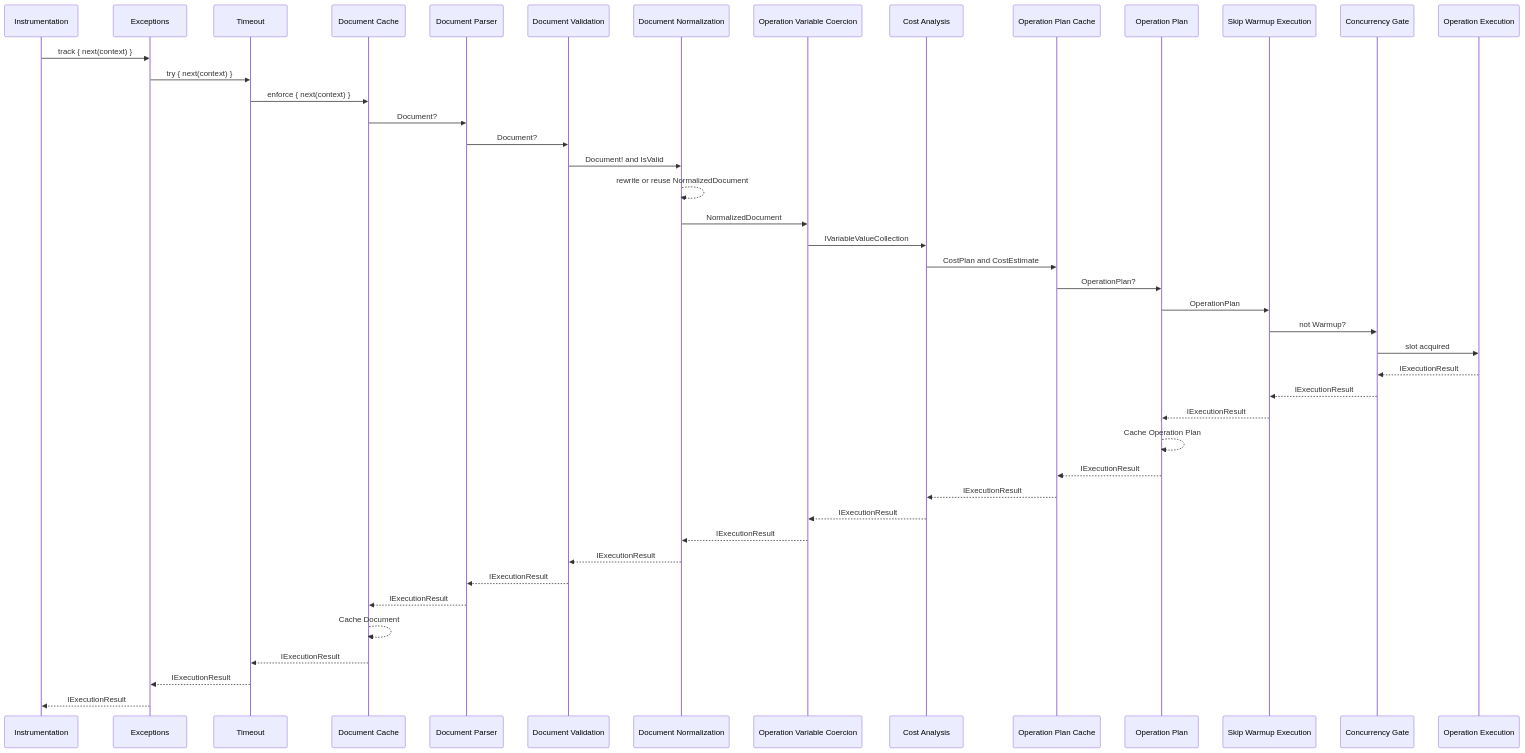
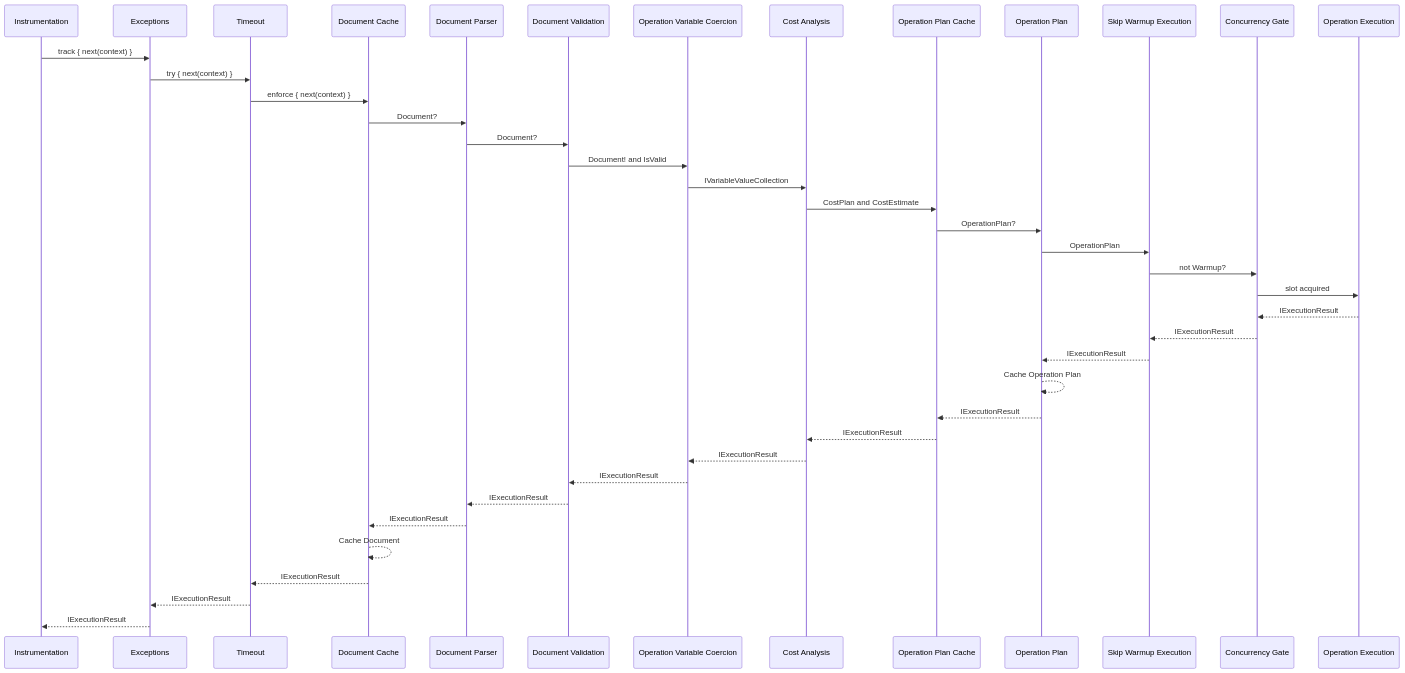
One commit to ChilliCream/graphql-platform changed the first of 3 diagrams in src/HotChocolate/Fusion/src/Fusion.Execution/Execution/Pipeline/Pipelines.md. Above: the diagram before and after it, drawn with Mermaid. The commit also changed other lines of this file and 2 other files, not shown here.

````diff
--- a/src/HotChocolate/Fusion/src/Fusion.Execution/Execution/Pipeline/Pipelines.md
+++ b/src/HotChocolate/Fusion/src/Fusion.Execution/Execution/Pipeline/Pipelines.md
@@ -13,33 +13,30 @@
 ```mermaid
 sequenceDiagram
     Instrumentation->>Exceptions: track { next(context) }
     Exceptions->>Timeout: try { next(context) }
     Timeout->>Document Cache: enforce { next(context) }
     Document Cache->>Document Parser: Document?
     Document Parser->>Document Validation: Document?
-    Document Validation->>Document Normalization: Document! and IsValid
-    Document Normalization-->>Document Normalization: rewrite or reuse NormalizedDocument
-    Document Normalization->>Operation Variable Coercion: NormalizedDocument
+    Document Validation->>Operation Variable Coercion: Document! and IsValid
     Operation Variable Coercion->>Cost Analysis: IVariableValueCollection
     Cost Analysis->>Operation Plan Cache: CostPlan and CostEstimate
     Operation Plan Cache->>Operation Plan: OperationPlan?
     Operation Plan->>Skip Warmup Execution: OperationPlan
     Skip Warmup Execution->>Concurrency Gate: not Warmup?
     Concurrency Gate->>Operation Execution: slot acquired
 
     Operation Execution-->>Concurrency Gate: IExecutionResult
     Concurrency Gate-->>Skip Warmup Execution: IExecutionResult
     Skip Warmup Execution-->>Operation Plan: IExecutionResult
     Operation Plan-->>Operation Plan: Cache Operation Plan
     Operation Plan-->>Operation Plan Cache: IExecutionResult
     Operation Plan Cache-->>Cost Analysis: IExecutionResult
     Cost Analysis-->>Operation Variable Coercion: IExecutionResult
-    Operation Variable Coercion-->>Document Normalization: IExecutionResult
-    Document Normalization-->>Document Validation: IExecutionResult
+    Operation Variable Coercion-->>Document Validation: IExecutionResult
     Document Validation-->>Document Parser: IExecutionResult
     Document Parser-->>Document Cache: IExecutionResult
     Document Cache-->>Document Cache: Cache Document
     Document Cache-->>Timeout: IExecutionResult
     Timeout-->>Exceptions: IExecutionResult
     Exceptions-->>Instrumentation: IExecutionResult
 ```
````
